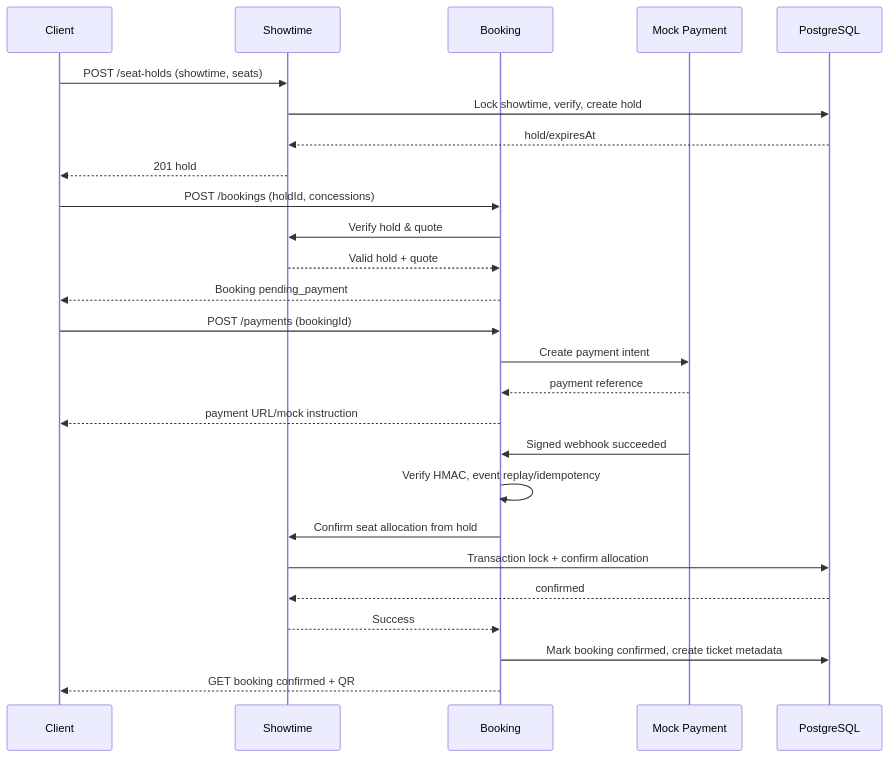
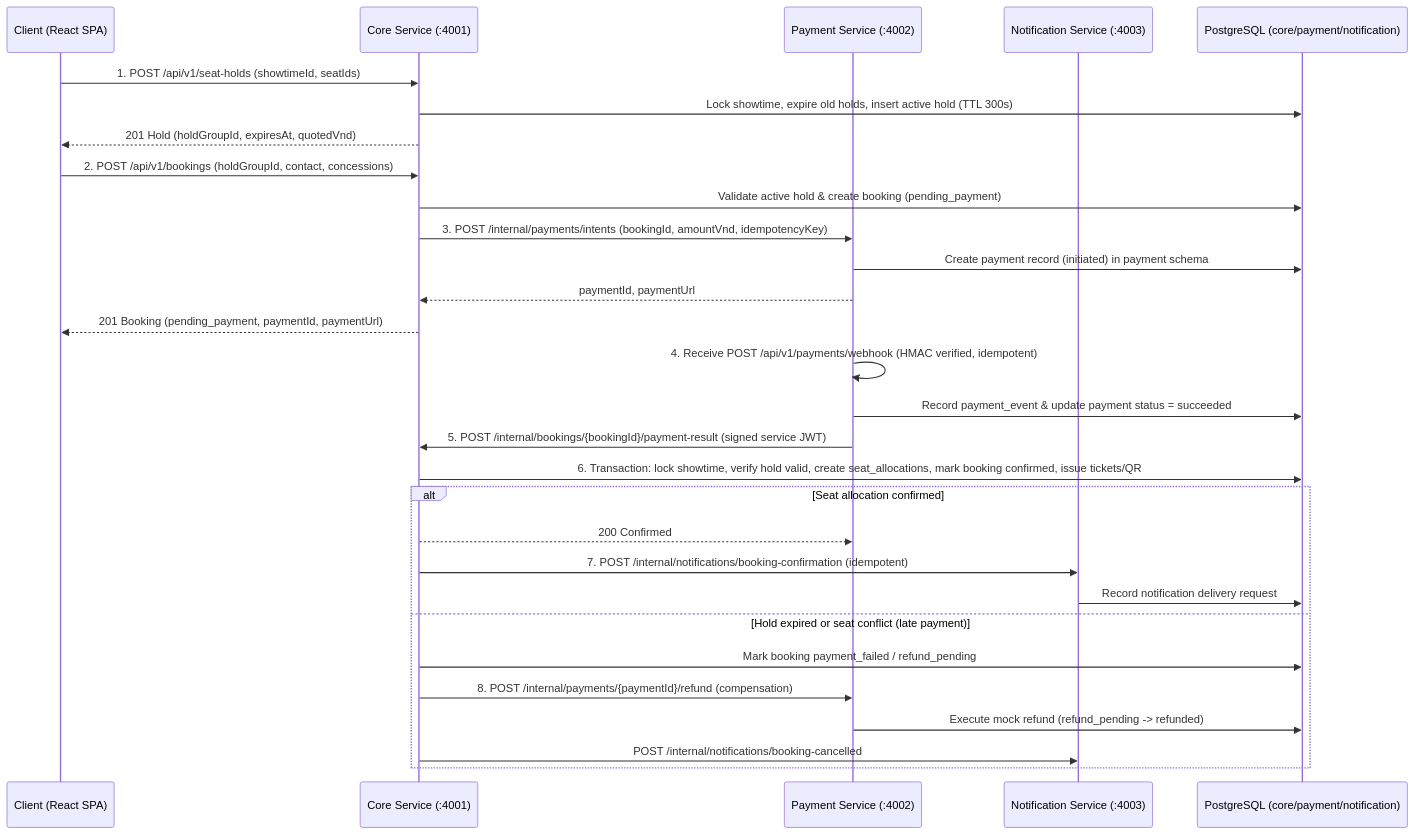
The second of 2 diagrams in docs/02-architecture/ARCHITECTURE.md (ddhoang2440/CinemaTicketBooking), drawn with Mermaid before and after one commit. The commit also changed other lines of this file and 186 other files, not shown here.

Commit message:
feat: initialize core-service backend and project configuration files

````diff
--- a/docs/02-architecture/ARCHITECTURE.md
+++ b/docs/02-architecture/ARCHITECTURE.md
@@ -55,28 +62,34 @@
 ```mermaid
 sequenceDiagram
- participant C as Client
- participant S as Showtime
- participant B as Booking
- participant P as Mock Payment
- participant DB as PostgreSQL
- C->>S: POST /seat-holds (showtime, seats)
- S->>DB: Lock showtime, verify, create hold
- DB-->>S: hold/expiresAt
- S-->>C: 201 hold
- C->>B: POST /bookings (holdId, concessions)
- B->>S: Verify hold & quote
- S-->>B: Valid hold + quote
- B-->>C: Booking pending_payment
- C->>B: POST /payments (bookingId)
- B->>P: Create payment intent
- P-->>B: payment reference
- B-->>C: payment URL/mock instruction
- P->>B: Signed webhook succeeded
- B->>B: Verify HMAC, event replay/idempotency
- B->>S: Confirm seat allocation from hold
- S->>DB: Transaction lock + confirm allocation
- DB-->>S: confirmed
- S-->>B: Success
- B->>DB: Mark booking confirmed, create ticket metadata
- B-->>C: GET booking confirmed + QR
+  participant C as Client (React SPA)
+  participant Core as Core Service (:4001)
+  participant Pay as Payment Service (:4002)
+  participant Notif as Notification Service (:4003)
+  participant DB as PostgreSQL (core/payment/notification)
+
+  C->>Core: 1. POST /api/v1/seat-holds (showtimeId, seatIds)
+  Core->>DB: Lock showtime, expire old holds, insert active hold (TTL 300s)
+  Core-->>C: 201 Hold (holdGroupId, expiresAt, quotedVnd)
+
+  C->>Core: 2. POST /api/v1/bookings (holdGroupId, contact, concessions)
+  Core->>DB: Validate active hold & create booking (pending_payment)
+  Core->>Pay: 3. POST /internal/payments/intents (bookingId, amountVnd, idempotencyKey)
+  Pay->>DB: Create payment record (initiated) in payment schema
+  Pay-->>Core: paymentId, paymentUrl
+  Core-->>C: 201 Booking (pending_payment, paymentId, paymentUrl)
+
+  Pay->>Pay: 4. Receive POST /api/v1/payments/webhook (HMAC verified, idempotent)
+  Pay->>DB: Record payment_event & update payment status = succeeded
+  Pay->>Core: 5. POST /internal/bookings/{bookingId}/payment-result (signed service JWT)
+  Core->>DB: 6. Transaction: lock showtime, verify hold valid, create seat_allocations, mark booking confirmed, issue tickets/QR
+  alt Seat allocation confirmed
+    Core-->>Pay: 200 Confirmed
+    Core->>Notif: 7. POST /internal/notifications/booking-confirmation (idempotent)
+    Notif->>DB: Record notification delivery request
+  else Hold expired or seat conflict (late payment)
+    Core->>DB: Mark booking payment_failed / refund_pending
+    Core->>Pay: 8. POST /internal/payments/{paymentId}/refund (compensation)
+    Pay->>DB: Execute mock refund (refund_pending -> refunded)
+    Core->>Notif: POST /internal/notifications/booking-cancelled
+  end
 ```
````
